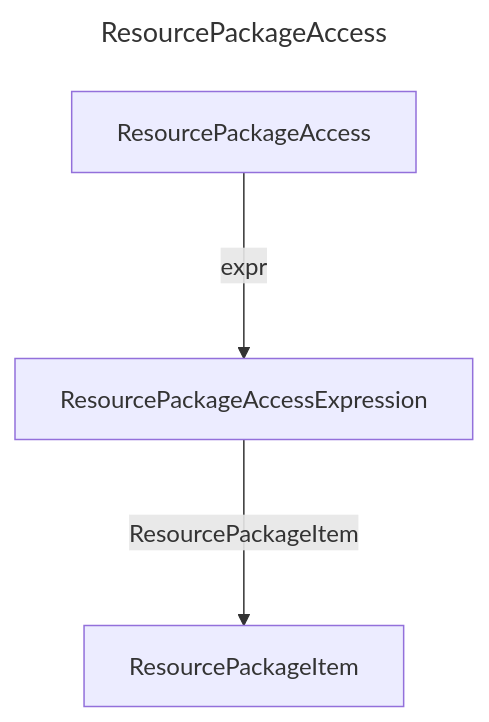
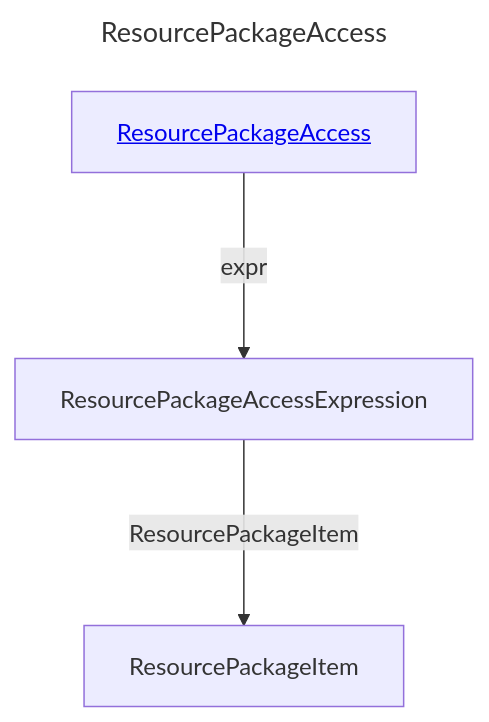
Before and after one commit to douglassimonsen/pbi_core: the diagram in docs/docs/layout/erd/ResourcePackageAccess.md, drawn with Mermaid. The commit also changed 76 other files, not shown here.

````diff
--- a/docs/docs/layout/erd/ResourcePackageAccess.md
+++ b/docs/docs/layout/erd/ResourcePackageAccess.md
@@ -1,11 +1,11 @@
 ```mermaid
 ---
 title: ResourcePackageAccess
 ---
 graph 
-2430071916336["ResourcePackageAccessExpression"]
-2430071921216["ResourcePackageAccess"]
-2430071928048["ResourcePackageItem"]
-2430071921216 --->|expr| 2430071916336
-2430071916336 --->|ResourcePackageItem| 2430071928048
+ResourcePackageAccess[<a href='/layout/erd/ResourcePackageAccess'>ResourcePackageAccess</a>]
+ResourcePackageAccessExpression[ResourcePackageAccessExpression]
+ResourcePackageItem[ResourcePackageItem]
+ResourcePackageAccess --->|expr| ResourcePackageAccessExpression
+ResourcePackageAccessExpression --->|ResourcePackageItem| ResourcePackageItem
 ```
````
